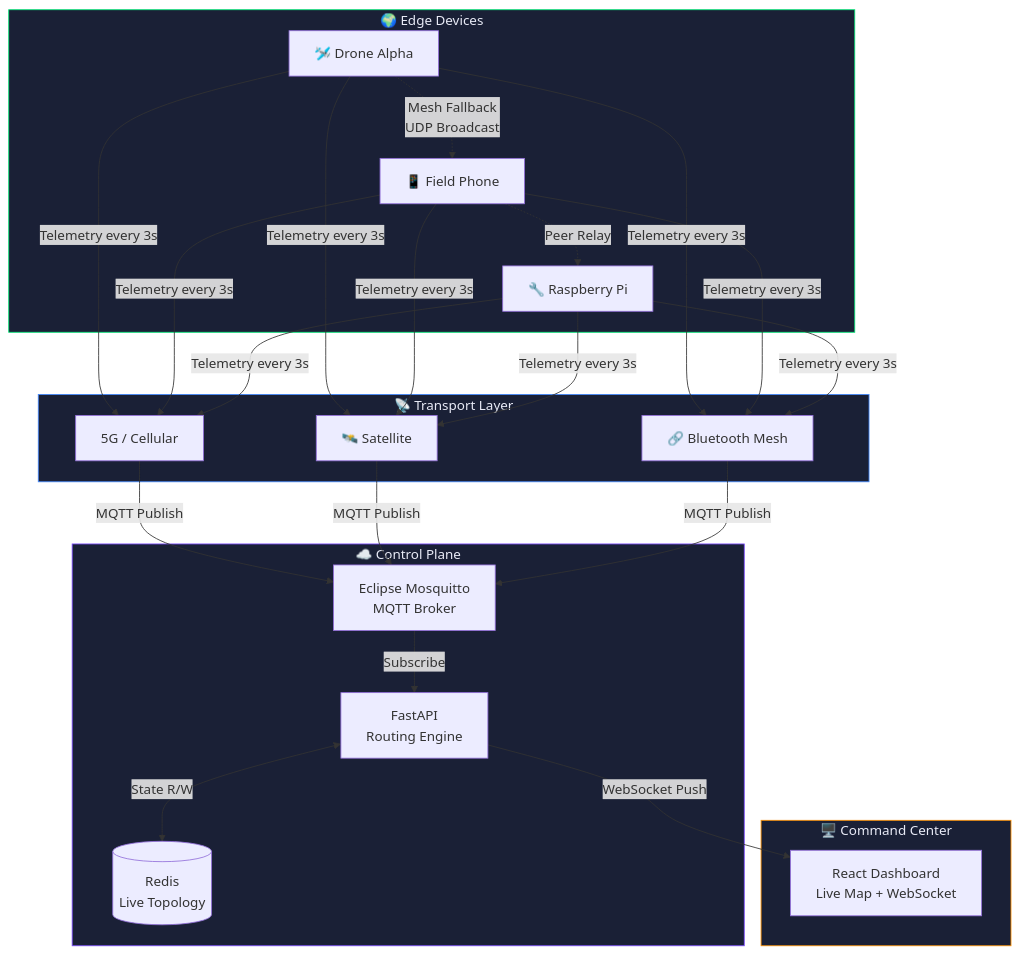
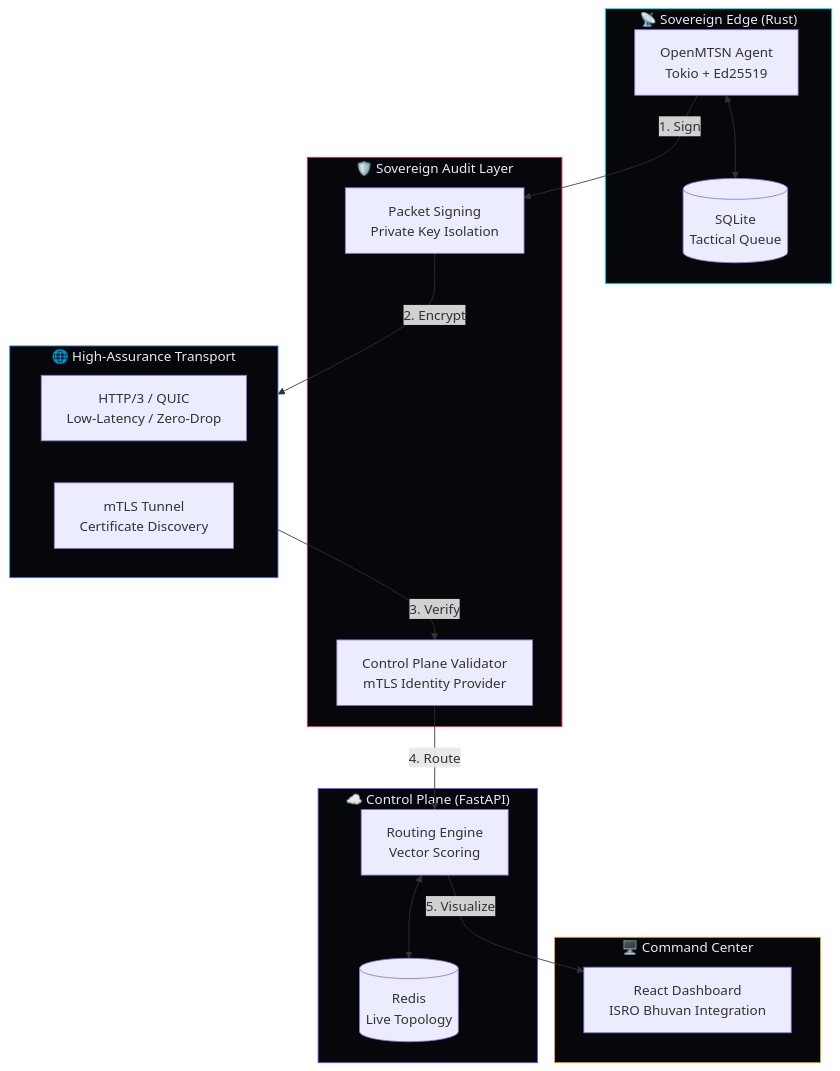
The first of 2 diagrams in README.md (GauravSahu2/OpenMTSN), drawn with Mermaid before and after one commit. The commit also changed other lines of this file and 38 other files, not shown here.

First line of the commit message:
🚀 Finalize Phase 10: Sovereign Audit & High-Assurance Release

````diff
--- a/README.md
+++ b/README.md
@@ -39,38 +26,40 @@
 ```mermaid
 graph TB
-    subgraph Edge["🌍 Edge Devices"]
-        D1[🛩️ Drone Alpha]
-        D2[📱 Field Phone]
-        D3[🔧 Raspberry Pi]
+    subgraph Edge["📡 Sovereign Edge (Rust)"]
+        Agent[OpenMTSN Agent<br/>Tokio + Ed25519]
+        DB[(SQLite<br/>Tactical Queue)]
+        Agent <--> DB
     end
 
-    subgraph Transport["📡 Transport Layer"]
-        T1[5G / Cellular]
-        T2[🛰️ Satellite]
-        T3[🔗 Bluetooth Mesh]
+    subgraph Audit["🛡️ Sovereign Audit Layer"]
+        Sign[Packet Signing<br/>Private Key Isolation]
+        Ver[Control Plane Validator<br/>mTLS Identity Provider]
     end
 
-    subgraph Control["☁️ Control Plane"]
-        MQTT[Eclipse Mosquitto<br/>MQTT Broker]
-        API[FastAPI<br/>Routing Engine]
+    subgraph Transport["🌐 High-Assurance Transport"]
+        QUIC[HTTP/3 / QUIC<br/>Low-Latency / Zero-Drop]
+        mTLS[mTLS Tunnel<br/>Certificate Discovery]
+    end
+
+    subgraph Control["☁️ Control Plane (FastAPI)"]
+        API[Routing Engine<br/>Vector Scoring]
         Redis[(Redis<br/>Live Topology)]
+        API <--> Redis
     end
 
     subgraph UI["🖥️ Command Center"]
-        Dashboard[React Dashboard<br/>Live Map + WebSocket]
+        Dashboard[React Dashboard<br/>ISRO Bhuvan Integration]
     end
 
-    D1 & D2 & D3 -->|Telemetry every 3s| T1 & T2 & T3
-    T1 & T2 & T3 -->|MQTT Publish| MQTT
-    MQTT -->|Subscribe| API
-    API <-->|State R/W| Redis
-    API -->|WebSocket Push| Dashboard
+    Agent -->|1. Sign| Sign
+    Sign -->|2. Encrypt| Transport
+    Transport -->|3. Verify| Ver
+    Ver -->|4. Route| API
+    API -->|5. Visualize| Dashboard
 
-    D1 -.->|Mesh Fallback<br/>UDP Broadcast| D2
-    D2 -.->|Peer Relay| D3
-
-    style Edge fill:#1a2036,stroke:#00e676,color:#e8eaf6
-    style Transport fill:#1a2036,stroke:#448aff,color:#e8eaf6
-    style Control fill:#1a2036,stroke:#7c4dff,color:#e8eaf6
-    style UI fill:#1a2036,stroke:#ff9100,color:#e8eaf6
+    style Edge fill:#05070a,stroke:#00f2ff,color:#e8eaf6
+    style Audit fill:#05070a,stroke:#ff1744,color:#e8eaf6
+    style Transport fill:#05070a,stroke:#448aff,color:#e8eaf6
+    style Control fill:#05070a,stroke:#7c4dff,color:#e8eaf6
+    style UI fill:#05070a,stroke:#ffa726,color:#e8eaf6
 ```
````
